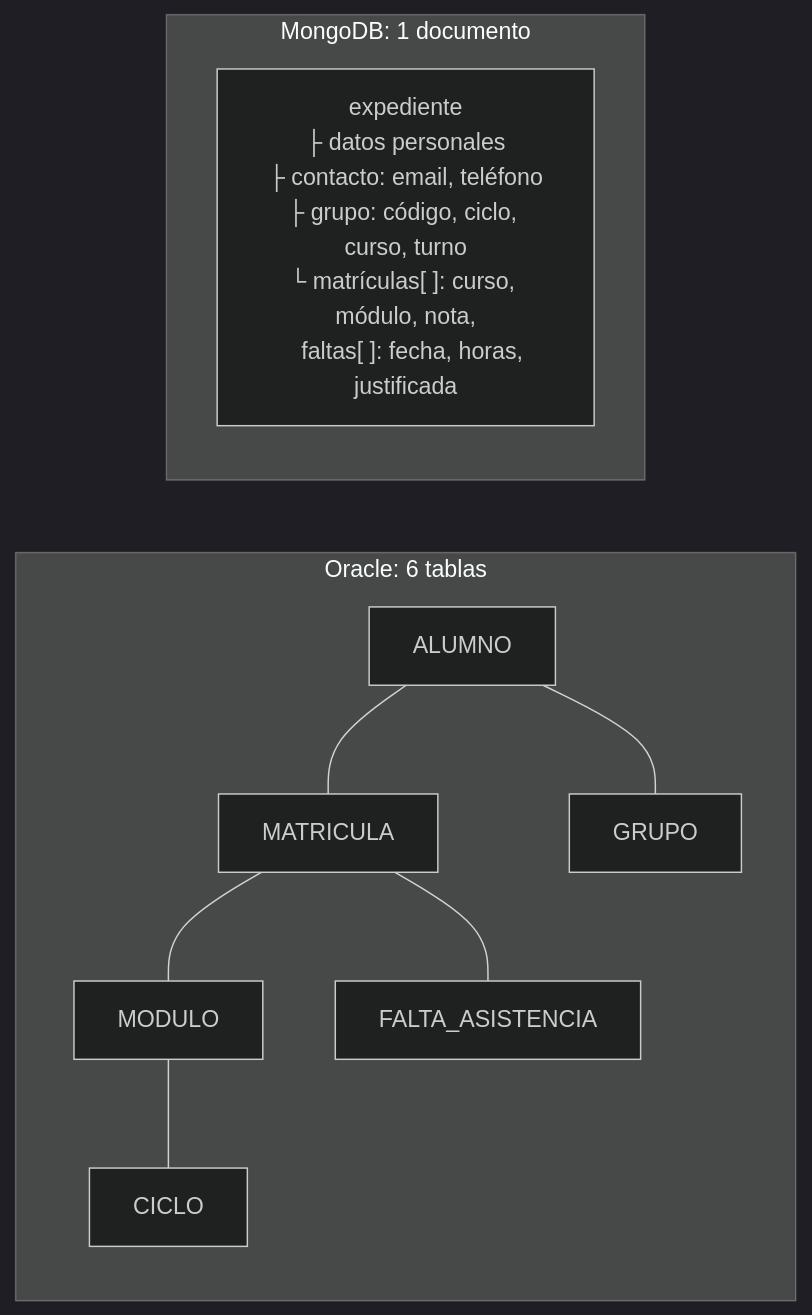
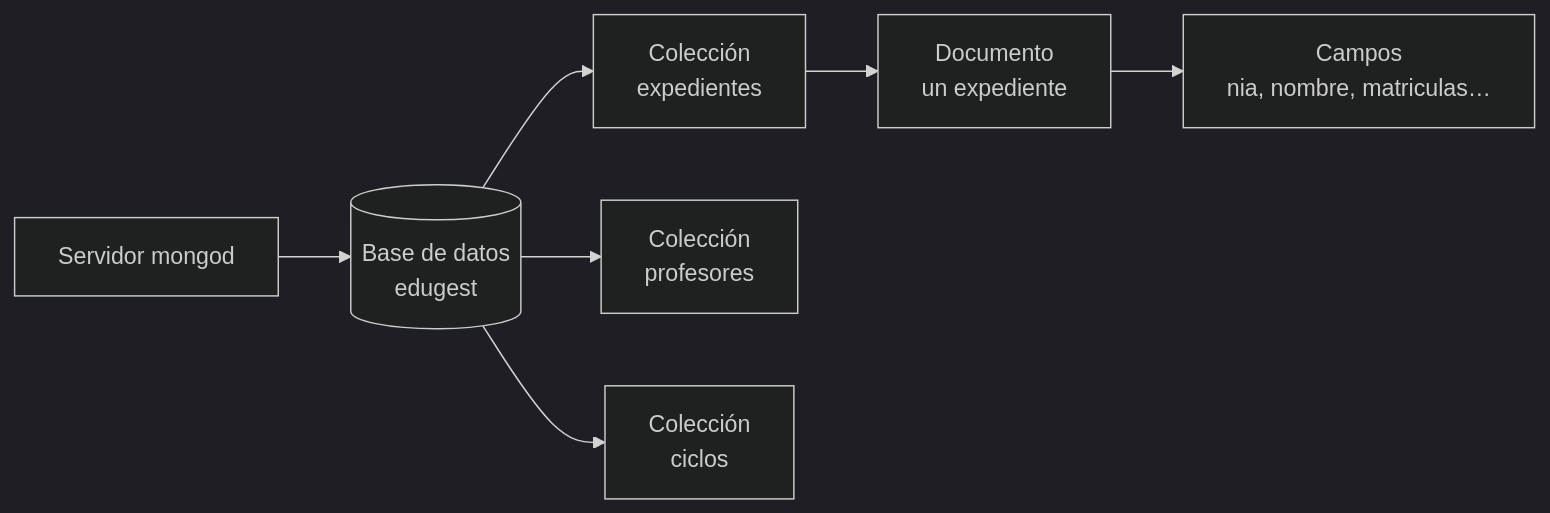
One commit to LorenaLResusta/BBDD changed the third of 5 diagrams in content.es/ud10-nosql/ud10-teoria.md. Above: the diagram before and after it, drawn with Mermaid (dark theme). The commit also changed other lines of this file and 13 other files, not shown here.

````diff
--- a/content.es/ud10-nosql/ud10-teoria.md
+++ b/content.es/ud10-nosql/ud10-teoria.md
@@ -454,12 +421,9 @@
 ```mermaid
 flowchart LR
-    subgraph Relacional[Oracle: 6 tablas]
-      A[ALUMNO] --- M[MATRICULA] --- MO[MODULO]
-      A --- G[GRUPO]
-      M --- F[FALTA_ASISTENCIA]
-      MO --- C[CICLO]
-    end
-    subgraph Documental[MongoDB: 1 documento]
-      D["expediente<br/>├ datos personales<br/>├ contacto: email, teléfono<br/>├ grupo: código, ciclo, curso, turno<br/>└ matrículas[ ]: curso, módulo, nota,<br/>   faltas[ ]: fecha, horas, justificada"]
-    end
+    S[Servidor mongod] --> D[(Base de datos<br/>edugest)]
+    D --> C1[Colección<br/>expedientes]
+    D --> C2[Colección<br/>profesores]
+    D --> C3[Colección<br/>ciclos]
+    C1 --> DOC[Documento<br/>un expediente]
+    DOC --> F[Campos<br/>nia, nombre, matriculas…]
 ```
````
